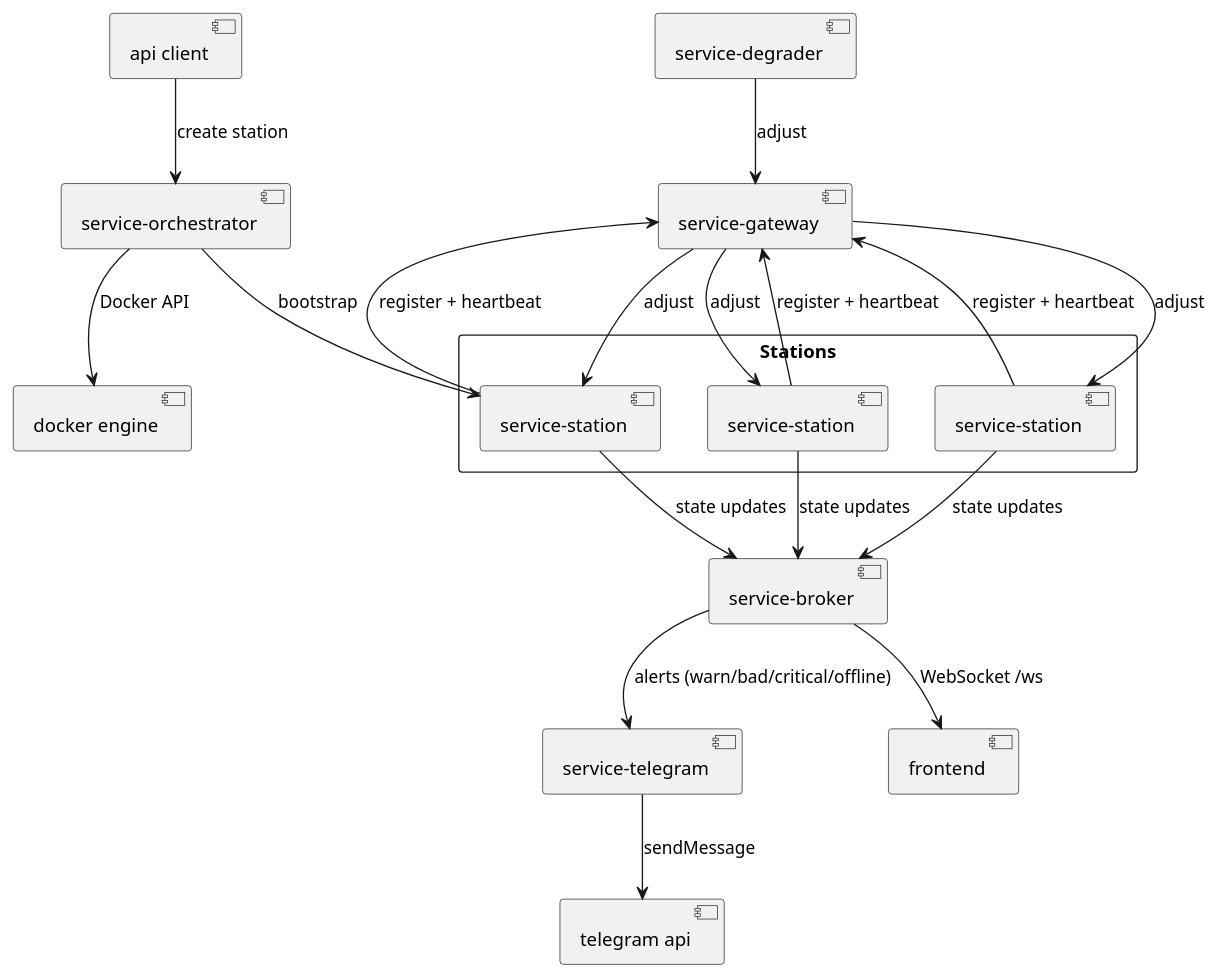
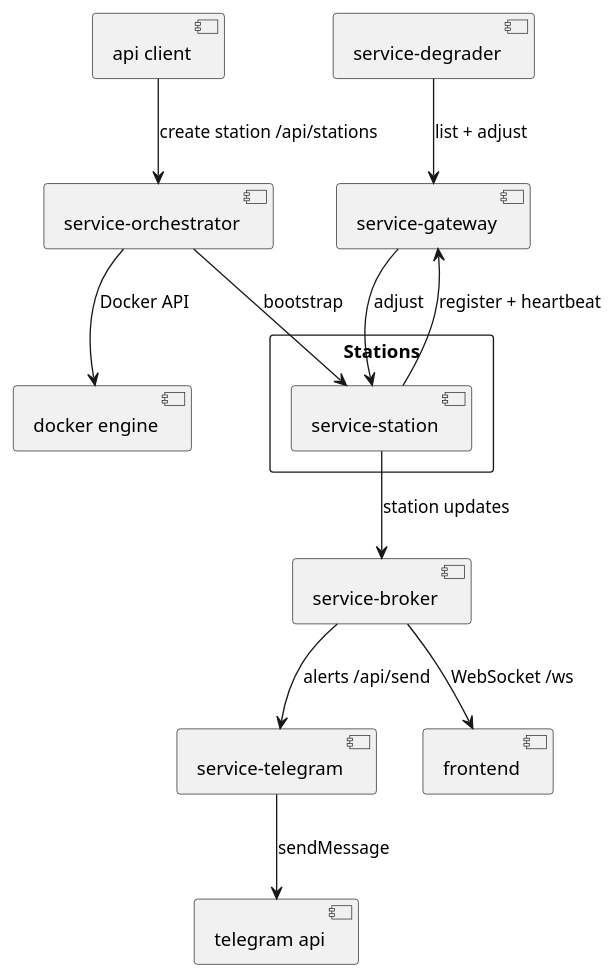
One commit to jseketa-fipu/vakula changed the diagram in docs/architecture-services.puml. Above: the diagram before and after it, drawn with PlantUML. The commit also changed 21 other files, not shown here.

```diff
--- a/docs/architecture-services.puml
+++ b/docs/architecture-services.puml
@@ -1,38 +1,31 @@
 @startuml
 skinparam backgroundColor #ffffff
 skinparam shadowing false
 
 rectangle "Stations" as Stations {
-  [service-station] as S1
-  [service-station] as S2
-  [service-station] as S3
+  [service-station] as S
 }
 
 [service-gateway] as GW
 [service-broker] as BR
 [service-degrader] as DG
 [service-telegram] as TG
 [service-orchestrator] as ORCH
 [frontend] as FE
 [api client] as Client
 [docker engine] as DOCKER
 [telegram api] as TAPI
 
-S1 --> GW : register + heartbeat
-S2 --> GW : register + heartbeat
-S3 --> GW : register + heartbeat
-DG --> GW : adjust
-GW --> S1 : adjust
-GW --> S2 : adjust
-GW --> S3 : adjust
+S --> GW : register + heartbeat
+GW --> S : adjust
+DG --> GW : list + adjust
 
-S1 --> BR : state updates
-S2 --> BR : state updates
-S3 --> BR : state updates
+S --> BR : station updates
 BR --> FE : WebSocket /ws
-Client --> ORCH : create station
+BR --> TG : alerts /api/send
+TG --> TAPI : sendMessage
+
+Client --> ORCH : create station /api/stations
 ORCH --> DOCKER : Docker API
-ORCH --> S1 : bootstrap
-BR --> TG : alerts (warn/bad/critical/offline)
-TG --> TAPI : sendMessage
+ORCH --> S : bootstrap
 @enduml
```
